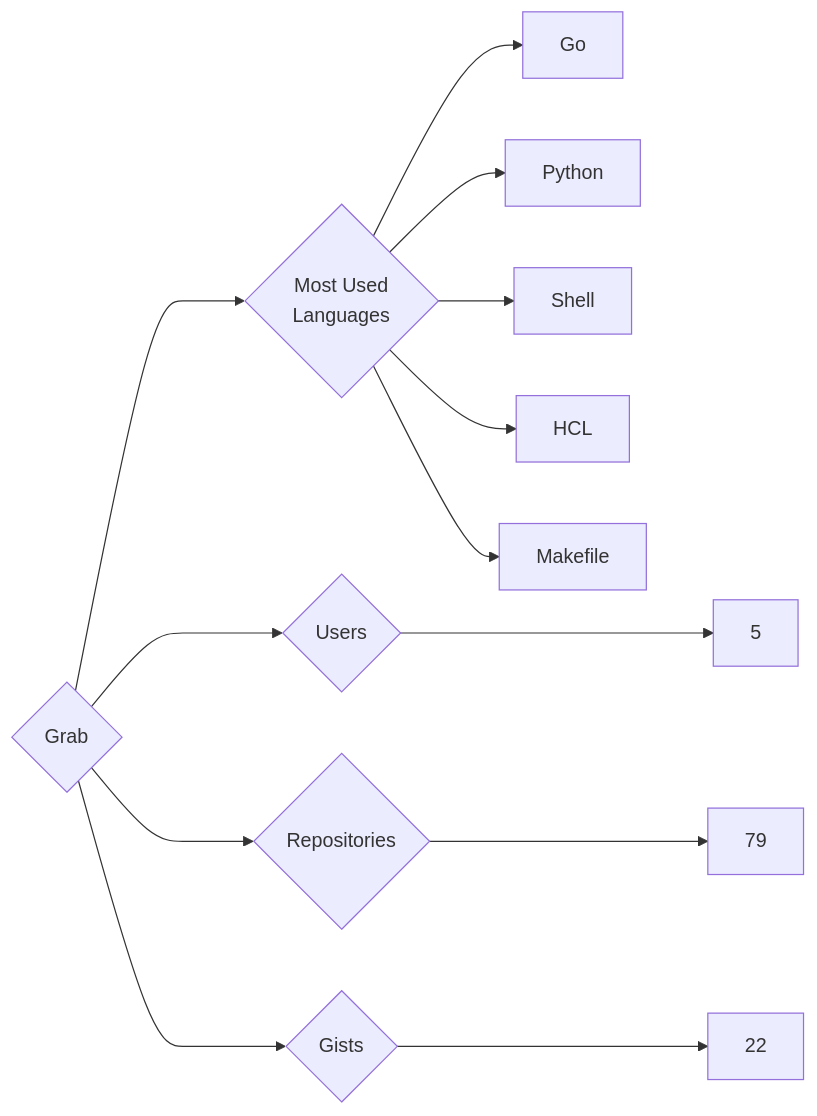
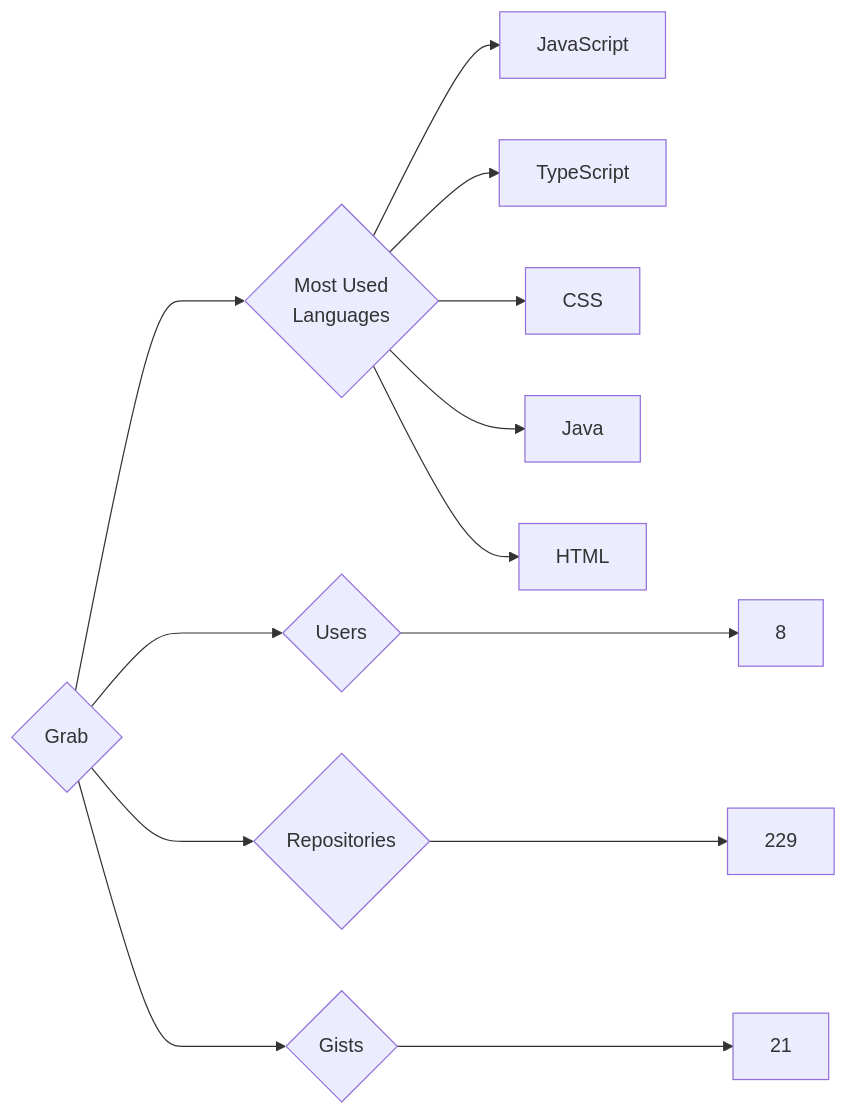
The diagram in targets/Grab/README.md (trickest/insiders), drawn with Mermaid before and after one commit. The commit also changed 783 other files, not shown here.

````diff
--- a/targets/Grab/README.md
+++ b/targets/Grab/README.md
@@ -3,13 +3,13 @@
 ```mermaid
 graph LR
 COMPANY_NAME{Grab}
-COMPANY_NAME ---> U{Users} ---> UN[5]
-COMPANY_NAME ---> R{Repositories} ---> RN[79]
-COMPANY_NAME ---> G{Gists} ---> GN[22]
+COMPANY_NAME ---> U{Users} ---> UN[8]
+COMPANY_NAME ---> R{Repositories} ---> RN[229]
+COMPANY_NAME ---> G{Gists} ---> GN[21]
 COMPANY_NAME ---> ML{Most Used<br>Languages}
-ML --> Go[Go]
-ML --> Python[Python]
-ML --> Shell[Shell]
-ML --> HCL[HCL]
-ML --> Makefile[Makefile]
+ML --> JavaScript[JavaScript]
+ML --> TypeScript[TypeScript]
+ML --> CSS[CSS]
+ML --> Java[Java]
+ML --> HTML[HTML]
 ```
````
